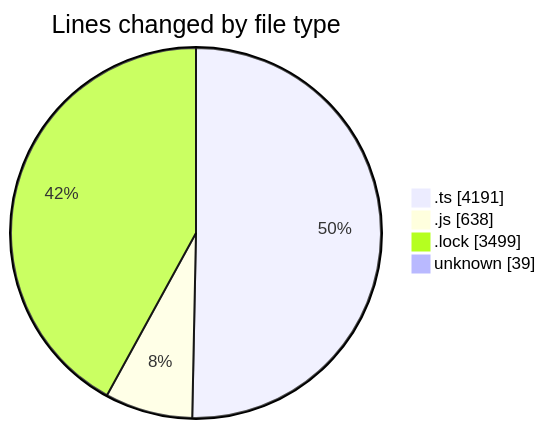
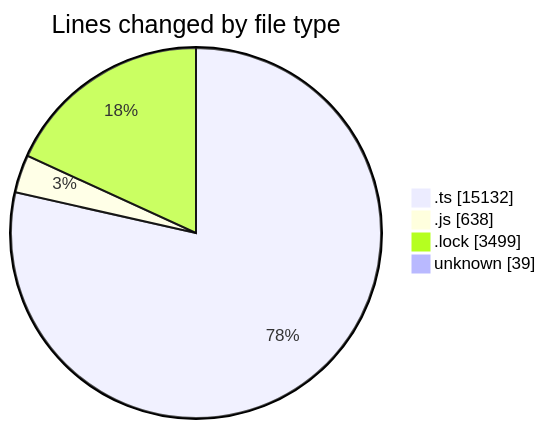
Before and after one commit to momahboobian/code-tracking: the first of 2 diagrams in 2025-05-20/cda/README.md, drawn with Mermaid. The commit also changed other lines of this file and 1 other file, not shown here.

````diff
--- a/2025-05-20/cda/README.md
+++ b/2025-05-20/cda/README.md
@@ -30,8 +31,8 @@
 ```mermaid
 pie showData
 title Lines changed by file type
-".ts" : 4191
+".ts" : 15132
 ".js" : 638
 ".lock" : 3499
 "unknown" : 39
 ```
````
